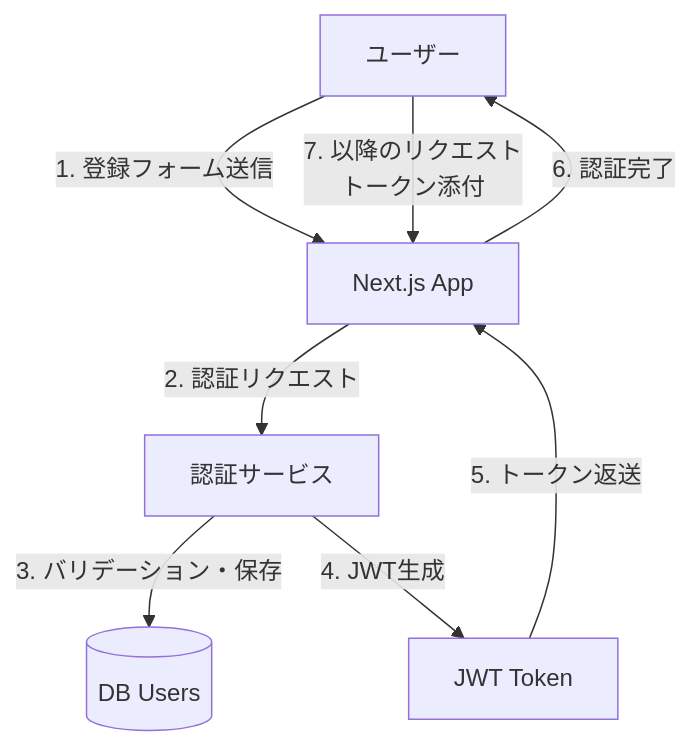
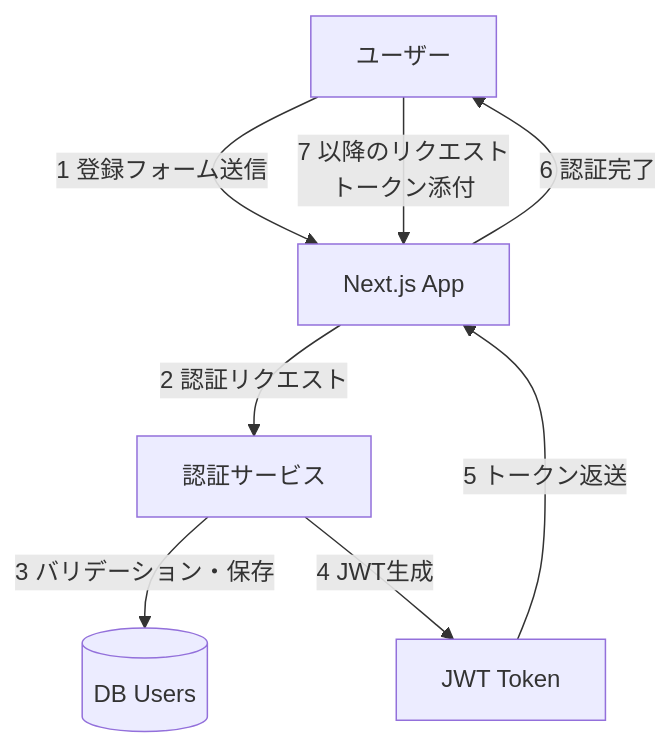
Before and after one commit to pipo3944/MapStack: the second of 7 diagrams in docs/planning/data_model.md, drawn with Mermaid. The commit also changed other lines of this file and 1 other file, not shown here.

````diff
--- a/docs/planning/data_model.md
+++ b/docs/planning/data_model.md
@@ -924,10 +914,10 @@
 ```mermaid
 flowchart TD
-    User[ユーザー] -->|1. 登録フォーム送信| NextApp[Next.js App]
-    NextApp -->|2. 認証リクエスト| AuthService[認証サービス]
-    AuthService -->|3. バリデーション・保存| DB[(DB Users)]
-    AuthService -->|4. JWT生成| Token[JWT Token]
-    Token -->|5. トークン返送| NextApp
-    NextApp -->|6. 認証完了| User
-    User -->|7. 以降のリクエスト\nトークン添付| NextApp
+    User[ユーザー] -->|1 登録フォーム送信| NextApp[Next.js App]
+    NextApp -->|2 認証リクエスト| AuthService[認証サービス]
+    AuthService -->|3 バリデーション・保存| DB[(DB Users)]
+    AuthService -->|4 JWT生成| Token[JWT Token]
+    Token -->|5 トークン返送| NextApp
+    NextApp -->|6 認証完了| User
+    User -->|7 以降のリクエスト<br>トークン添付| NextApp
 ```
````
